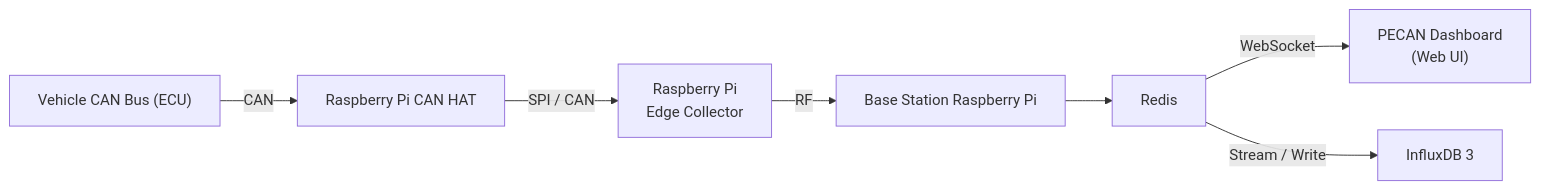
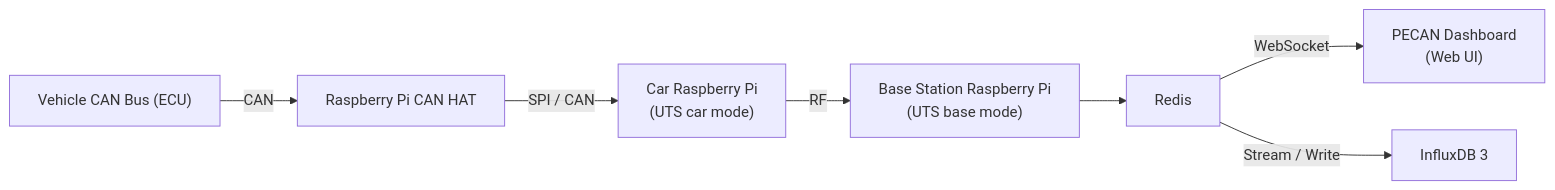
The diagram in README.md (Western-Formula-Racing/data-acquisition), drawn with Mermaid before and after one commit. The commit also changed other lines of this file and 2 other files, not shown here.

````diff
--- a/README.md
+++ b/README.md
@@ -22,19 +22,20 @@
 ```mermaid
 flowchart LR
     ECU["Vehicle CAN Bus (ECU)"]
     HAT["Raspberry Pi CAN HAT"]
-    EDGE["Raspberry Pi
-    Edge Collector"]
-    BASE["Base Station Raspberry Pi"]
+    EDGE["Car Raspberry Pi
+    (UTS car mode)"]
+    BASE["Base Station Raspberry Pi
+    (UTS base mode)"]
     REDIS["Redis"]
     DASH["PECAN Dashboard
     (Web UI)"]
     INFLUX["InfluxDB 3"]
 
     ECU -->|CAN| HAT
     HAT -->|SPI / CAN| EDGE
     EDGE -->|RF| BASE
     BASE --> REDIS
     REDIS -->|WebSocket| DASH
     REDIS -->|Stream / Write| INFLUX
 ```
````
